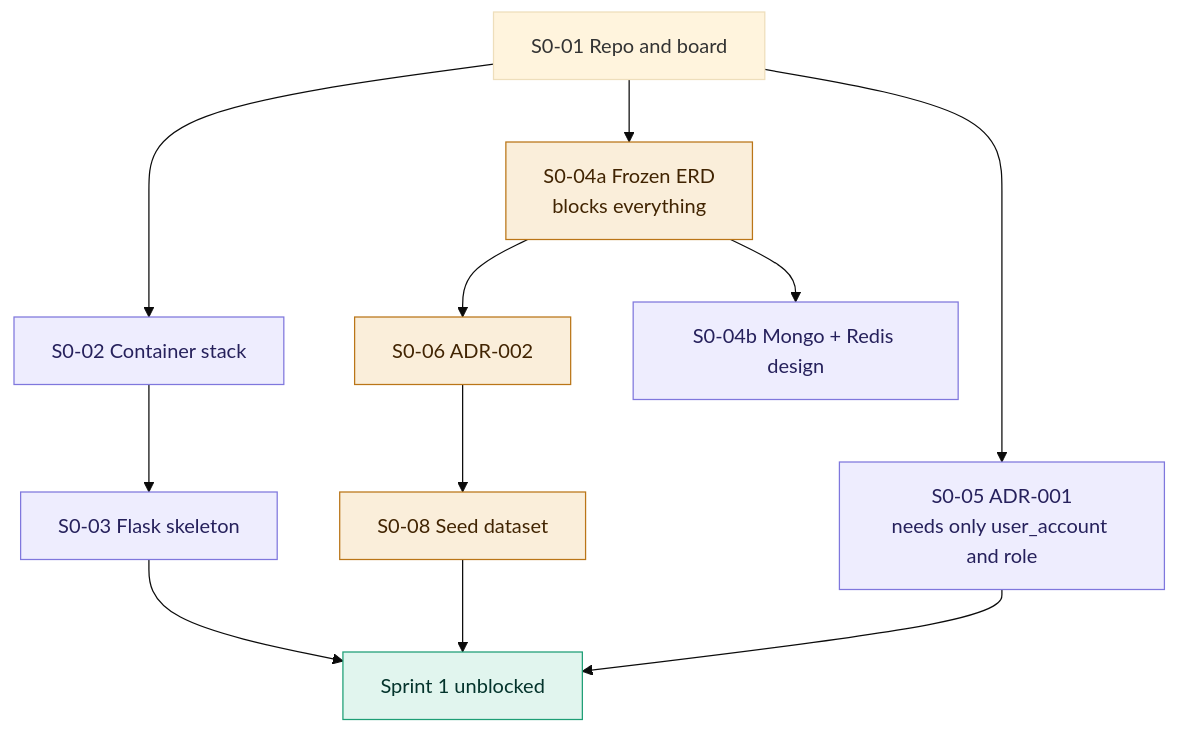
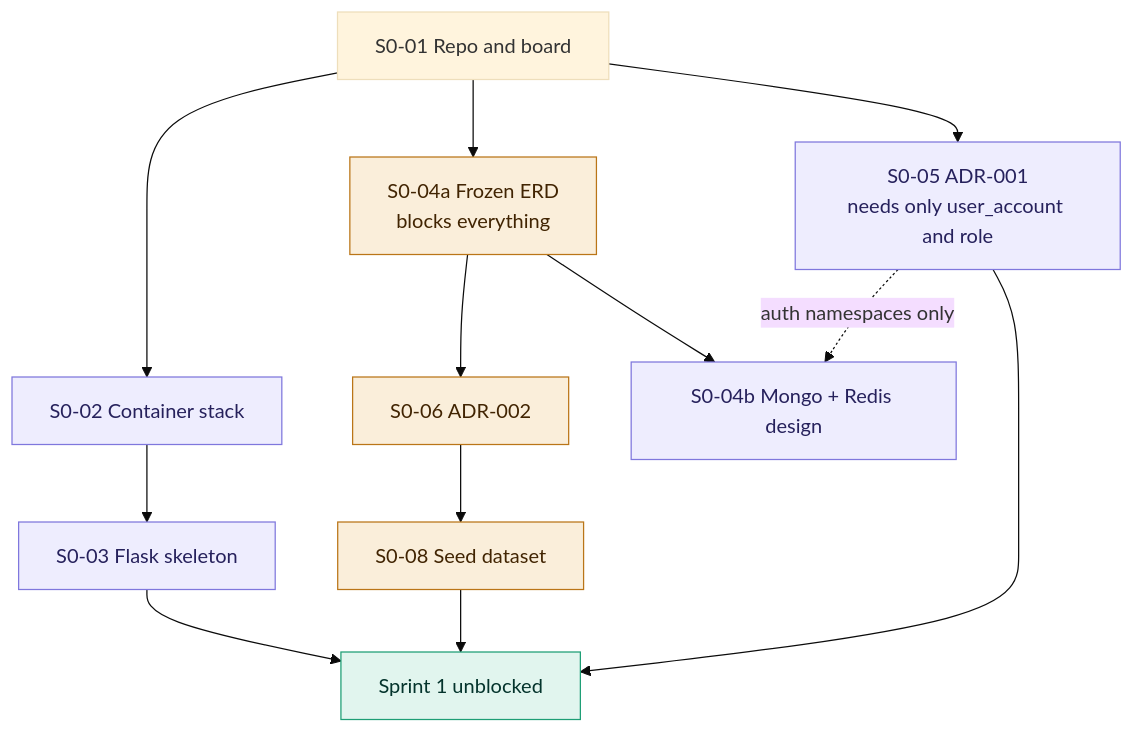
The diagram in docs/scrum/03-sprint-00-backlog.md (Equipo-03-Proyecto10/retail-segmentation), drawn with Mermaid (base theme) before and after one commit. The commit also changed other lines of this file and 1 other file, not shown here.

````diff
--- a/docs/scrum/03-sprint-00-backlog.md
+++ b/docs/scrum/03-sprint-00-backlog.md
@@ -23,19 +23,20 @@
 ```mermaid
 flowchart TD
     A[S0-01 Repo and board] --> B[S0-02 Container stack]
     A --> C[S0-04a Frozen ERD<br/>blocks everything]
     A --> H[S0-05 ADR-001<br/>needs only user_account and role]
     B --> D[S0-03 Flask skeleton]
     C --> E[S0-06 ADR-002]
     C --> I[S0-04b Mongo + Redis design]
+    H -.->|auth namespaces only| I
     E --> F[S0-08 Seed dataset]
     D --> G[Sprint 1 unblocked]
     F --> G
     H --> G
     classDef crit fill:#FAEEDA,stroke:#BA7517,color:#412402
     classDef norm fill:#EEEDFE,stroke:#7F77DD,color:#26215C
     classDef out fill:#E1F5EE,stroke:#1D9E75,color:#04342C
     class C,E,F crit
     class B,D,H,I norm
     class G out
 ```
````
